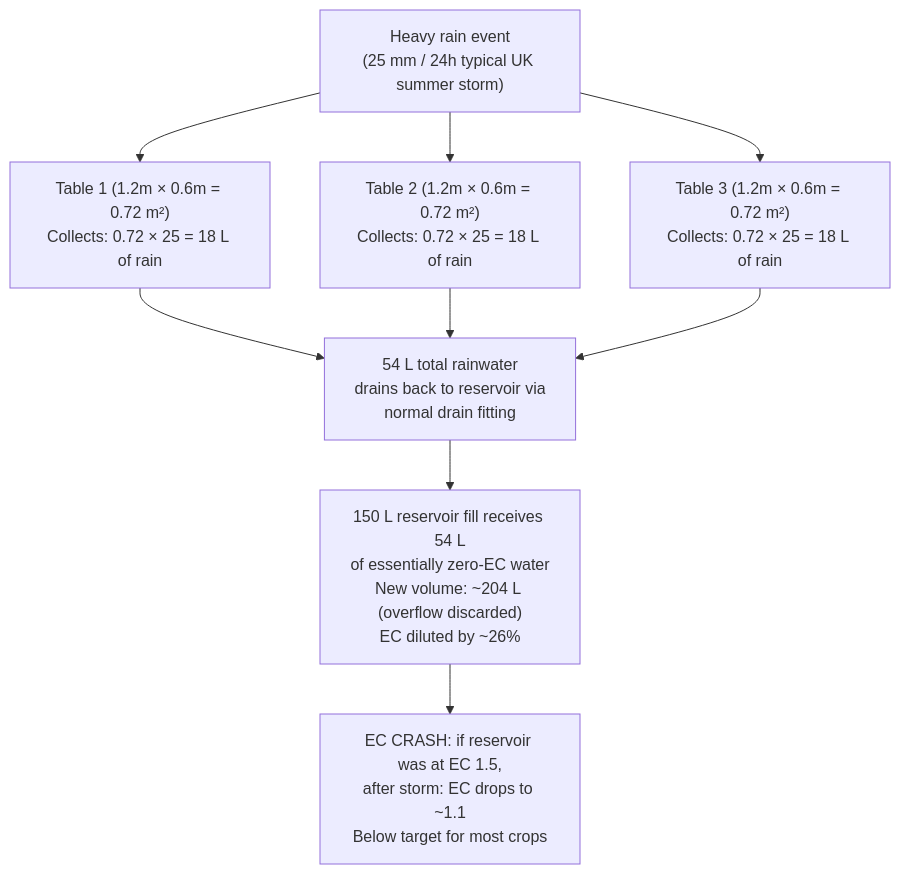
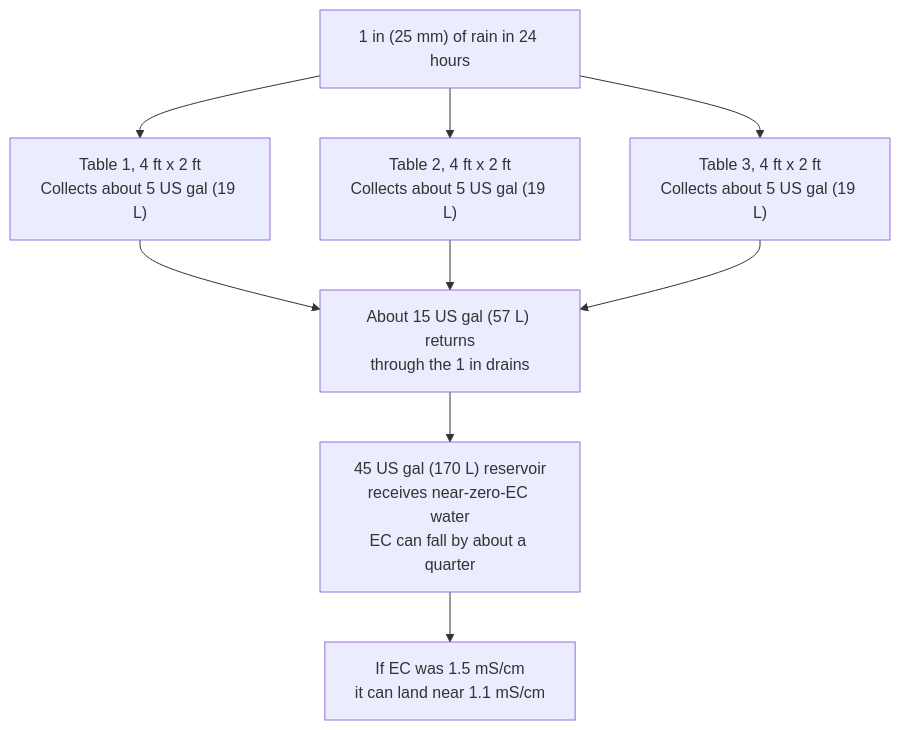
The second of 2 diagrams in guide/ebb-and-flow/10-climate-management.md (UncleJS/guide_hydroponics), drawn with Mermaid before and after one commit. The commit also changed other lines of this file and 35 other files, not shown here.

````diff
--- a/guide/ebb-and-flow/10-climate-management.md
+++ b/guide/ebb-and-flow/10-climate-management.md
@@ -348,10 +339,12 @@
 ```mermaid
 flowchart TD
-    RAIN["Heavy rain event<br/>(25 mm / 24h typical UK summer storm)"]
-    RAIN --> T1["Table 1 (1.2m × 0.6m = 0.72 m²)<br/>Collects: 0.72 × 25 = 18 L of rain"]
-    RAIN --> T2["Table 2 (1.2m × 0.6m = 0.72 m²)<br/>Collects: 0.72 × 25 = 18 L of rain"]
-    RAIN --> T3["Table 3 (1.2m × 0.6m = 0.72 m²)<br/>Collects: 0.72 × 25 = 18 L of rain"]
-    T1 & T2 & T3 --> DRAIN["54 L total rainwater<br/>drains back to reservoir via<br/>normal drain fitting"]
-    DRAIN --> DILUTE["150 L reservoir fill receives 54 L<br/>of essentially zero-EC water<br/>New volume: ~204 L (overflow discarded)<br/>EC diluted by ~26%"]
-    DILUTE --> ECCRASH["EC CRASH: if reservoir was at EC 1.5,<br/>after storm: EC drops to ~1.1<br/>Below target for most crops"]
+    RAIN["1 in (25 mm) of rain in 24 hours"]
+    RAIN --> T1["Table 1, 4 ft x 2 ft<br/>Collects about 5 US gal (19 L)"]
+    RAIN --> T2["Table 2, 4 ft x 2 ft<br/>Collects about 5 US gal (19 L)"]
+    RAIN --> T3["Table 3, 4 ft x 2 ft<br/>Collects about 5 US gal (19 L)"]
+    T1 --> DRAIN["About 15 US gal (57 L) returns<br/>through the 1 in drains"]
+    T2 --> DRAIN
+    T3 --> DRAIN
+    DRAIN --> DILUTE["45 US gal (170 L) reservoir<br/>receives near-zero-EC water<br/>EC can fall by about a quarter"]
+    DILUTE --> ECCRASH["If EC was 1.5 mS/cm<br/>it can land near 1.1 mS/cm"]
 ```
````
